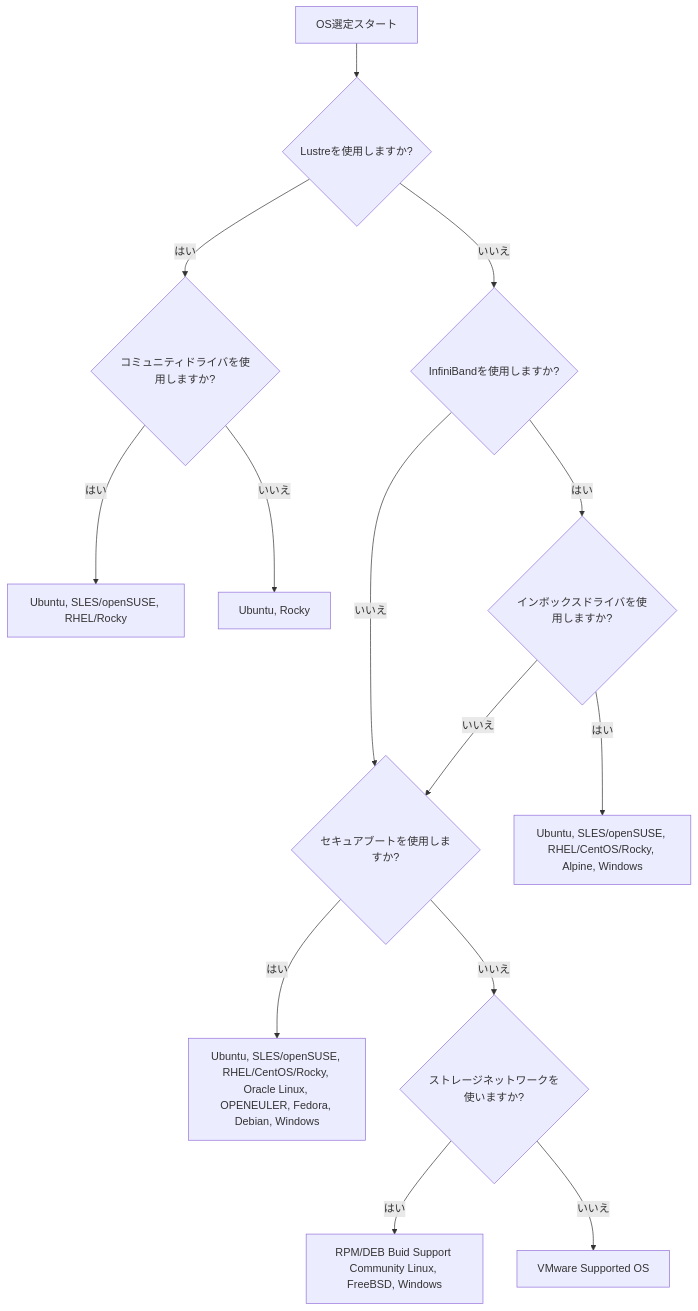
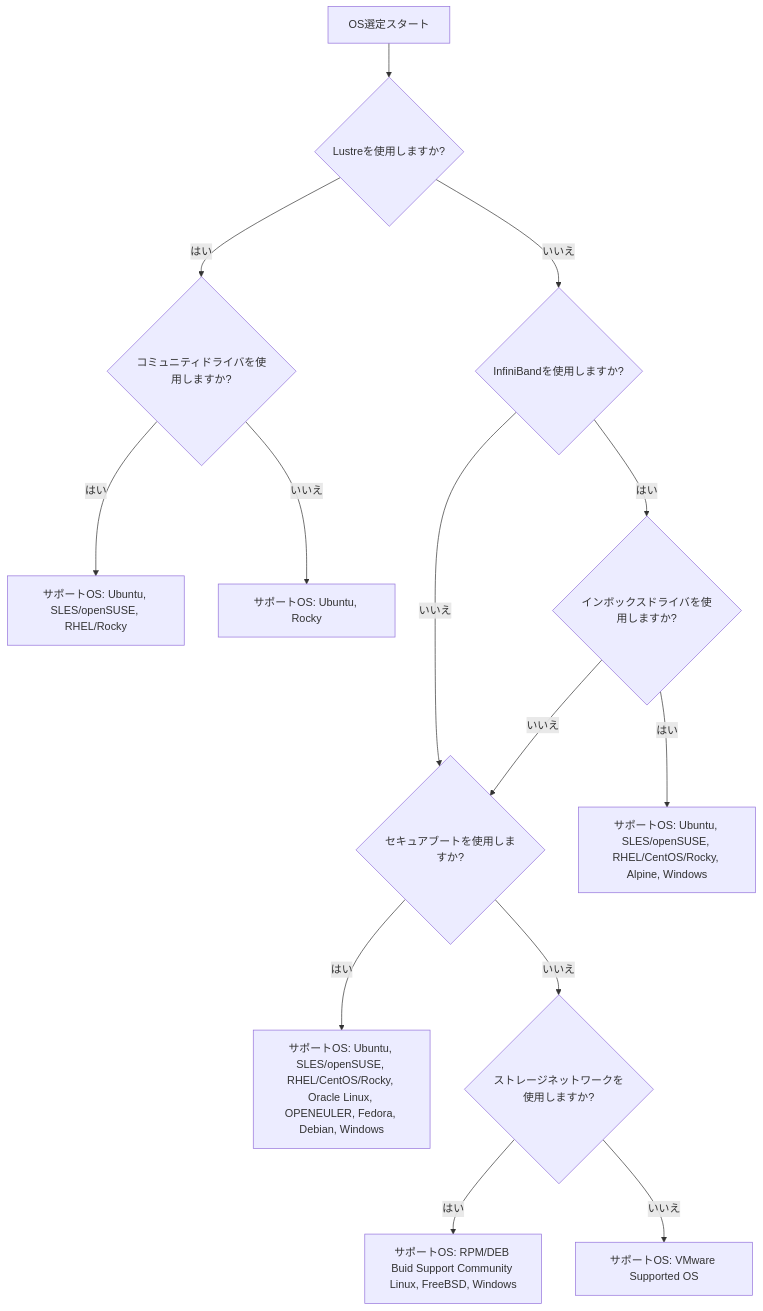
Before and after one commit to tk4terui/mdx1: the first of 2 diagrams in docs/os_selection.md, drawn with Mermaid. The commit also changed other lines of this file, not shown here.

````diff
--- a/docs/os_selection.md
+++ b/docs/os_selection.md
@@ -93,16 +93,16 @@
 ```mermaid
 graph TD
     A[OS選定スタート] --> B{Lustreを使用しますか?}
     B -- はい --> C{コミュニティドライバを使用しますか?}
     B -- いいえ --> D{InfiniBandを使用しますか?}
-    C -- はい --> E[Ubuntu, SLES/openSUSE, RHEL/Rocky]
-    C -- いいえ --> F[Ubuntu, Rocky]
+    C -- はい --> E[サポートOS: Ubuntu, SLES/openSUSE, RHEL/Rocky]
+    C -- いいえ --> F[サポートOS: Ubuntu, Rocky]
     D -- はい --> G{インボックスドライバを使用しますか?}
     D -- いいえ --> H{セキュアブートを使用しますか?}
-    G -- はい --> I[Ubuntu, SLES/openSUSE, RHEL/CentOS/Rocky, Alpine, Windows]
+    G -- はい --> I[サポートOS: Ubuntu, SLES/openSUSE, RHEL/CentOS/Rocky, Alpine, Windows]
     G -- いいえ --> H{セキュアブートを使用しますか?}
-    H -- はい --> J[Ubuntu, SLES/openSUSE, RHEL/CentOS/Rocky, Oracle Linux, OPENEULER, Fedora, Debian, Windows]
-    H -- いいえ --> K{ストレージネットワークを使いますか?}
-    K -- はい --> L[RPM/DEB Buid Support Community Linux, FreeBSD, Windows]
-    K -- いいえ --> M[VMware Supported OS]
+    H -- はい --> J[サポートOS: Ubuntu, SLES/openSUSE, RHEL/CentOS/Rocky, Oracle Linux, OPENEULER, Fedora, Debian, Windows]
+    H -- いいえ --> K{ストレージネットワークを使用しますか?}
+    K -- はい --> L[サポートOS: RPM/DEB Buid Support Community Linux, FreeBSD, Windows]
+    K -- いいえ --> M[サポートOS: VMware Supported OS]
 ```
````
